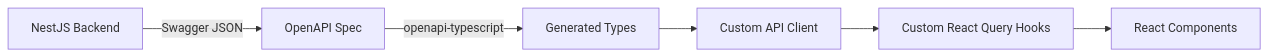
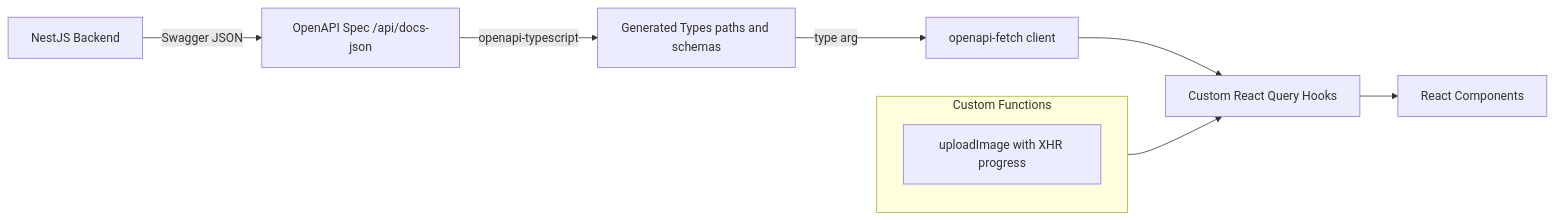
Before and after one commit to azakharo/OptiView: the diagram in doc/plans/frontend-code-generation-analysis.md, drawn with Mermaid. The commit also changed other lines of this file and 1 other file, not shown here.

Commit message:
decided to use openapi-fetch pkg

````diff
--- a/doc/plans/frontend-code-generation-analysis.md
+++ b/doc/plans/frontend-code-generation-analysis.md
@@ -260,8 +262,14 @@
 ```mermaid
 flowchart LR
-    Backend[NestJS Backend] -->|Swagger JSON| Spec[OpenAPI Spec]
-    Spec -->|openapi-typescript| Types[Generated Types]
-    Types --> Client[Custom API Client]
-    Client --> Hooks[Custom React Query Hooks]
+    Backend[NestJS Backend] -->|Swagger JSON| Spec[OpenAPI Spec /api/docs-json]
+    Spec -->|openapi-typescript| Types[Generated Types paths and schemas]
+    Types -->|type arg| FetchClient[openapi-fetch client]
+    FetchClient --> Hooks[Custom React Query Hooks]
+
+    subgraph Custom[Custom Functions]
+        Upload[uploadImage with XHR progress]
+    end
+
     Hooks --> Components[React Components]
+    Custom --> Hooks
 ```
````
